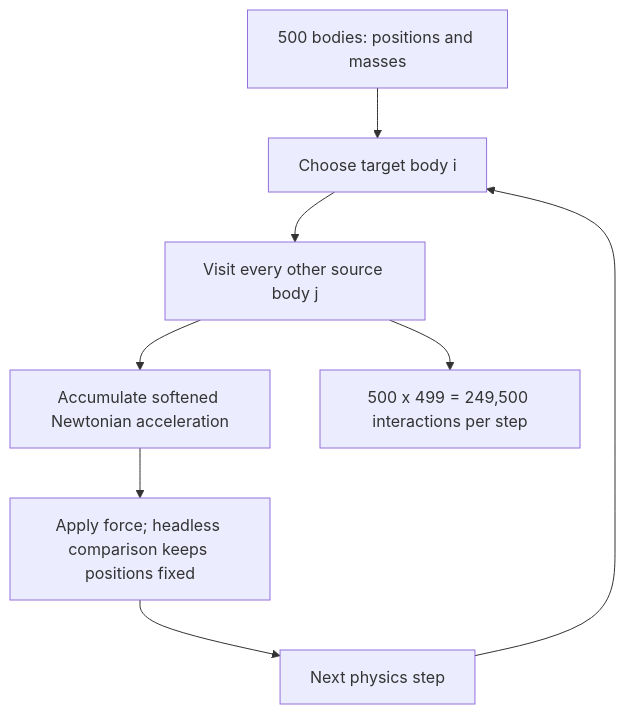
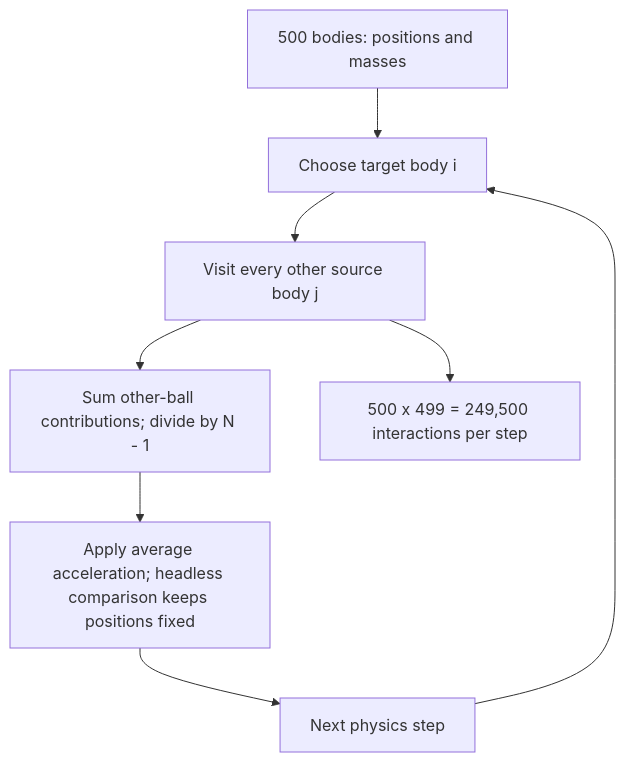
The diagram in README.md (HoomanJCode/BatchProcess-Benchmark), drawn with Mermaid before and after one commit. The commit also changed other lines of this file and 24 other files, not shown here.

Commit message:
Average gravity across other bodies

````diff
--- a/README.md
+++ b/README.md
@@ -73,10 +73,10 @@
 ```mermaid
 flowchart TD
     A[500 bodies: positions and masses] --> B[Choose target body i]
     B --> C[Visit every other source body j]
-    C --> D[Accumulate softened Newtonian acceleration]
-    D --> E[Apply force; headless comparison keeps positions fixed]
+    C --> D[Sum other-ball contributions; divide by N - 1]
+    D --> E[Apply average acceleration; headless comparison keeps positions fixed]
     E --> F[Next physics step]
     F --> B
     C --> G[500 x 499 = 249,500 interactions per step]
 ```
````
